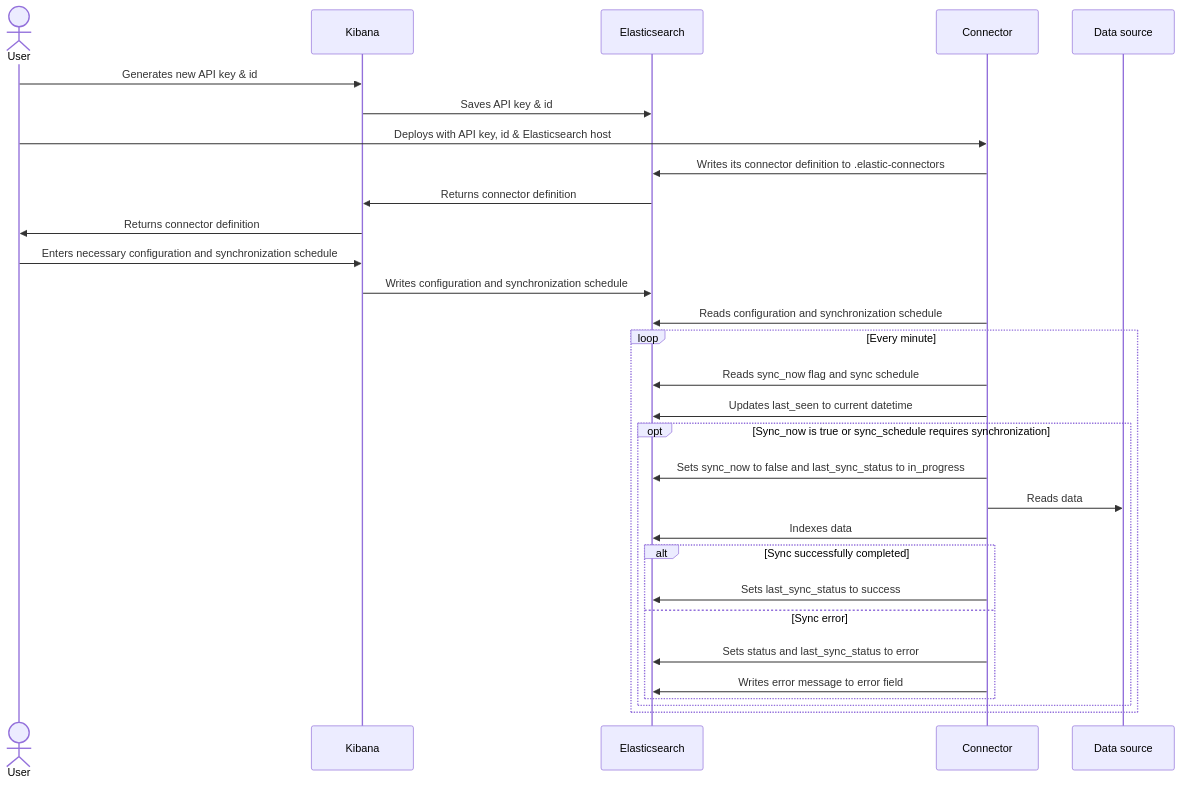
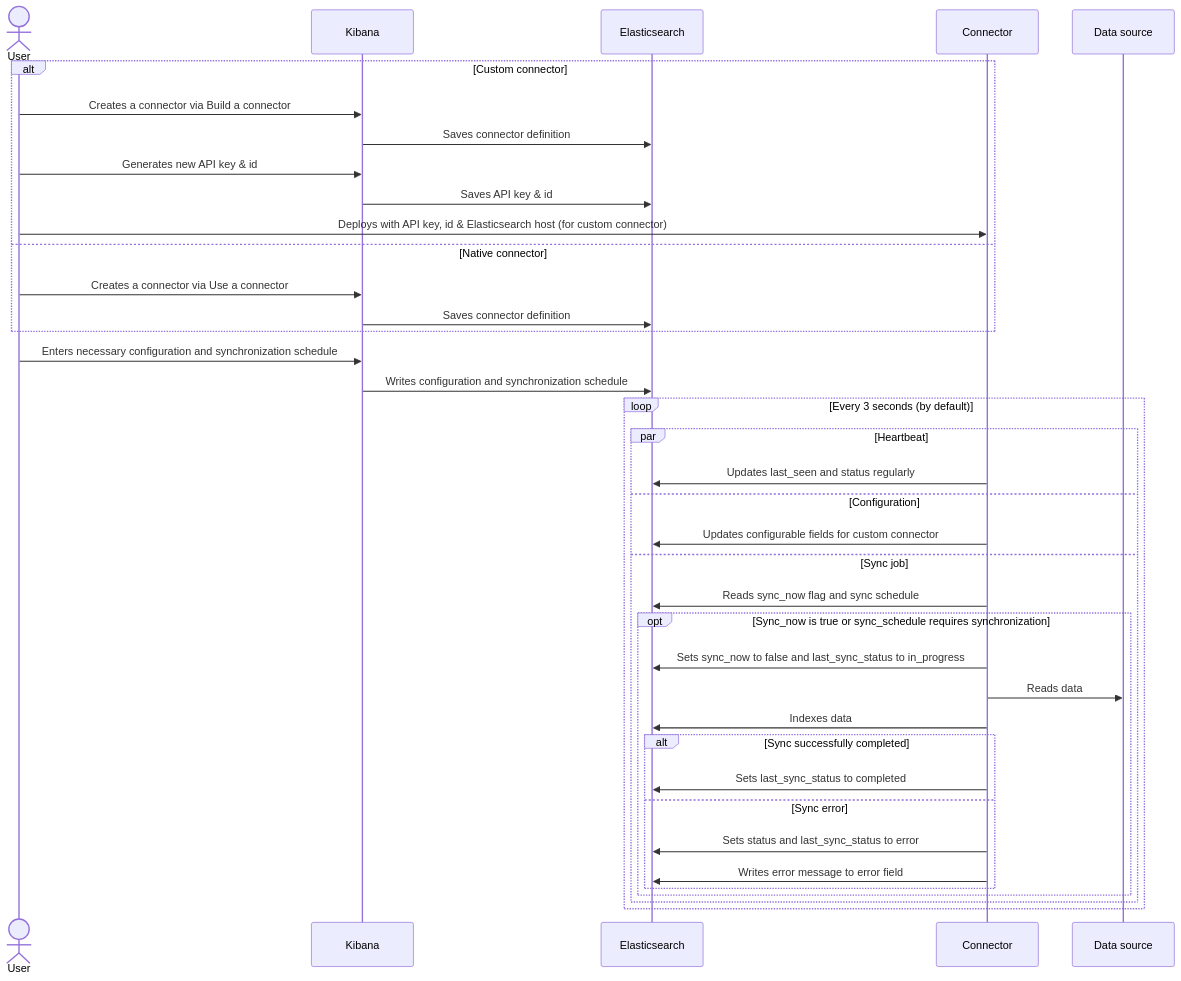
Before and after one commit to elastic/connectors-ruby: the diagram in docs/CONNECTOR_PROTOCOL.md, drawn with Mermaid. The commit also changed other lines of this file and 10 other files, not shown here.

````diff
--- a/docs/CONNECTOR_PROTOCOL.md
+++ b/docs/CONNECTOR_PROTOCOL.md
@@ -47,32 +175,40 @@
 ```mermaid
 sequenceDiagram
     actor User
     participant Kibana
     participant Elasticsearch
     participant Connector
     participant Data source
-    User->>Kibana: Generates new API key & id
-    Kibana->>Elasticsearch: Saves API key & id
-    User->>Connector: Deploys with API key, id & Elasticsearch host
-    Connector->>Elasticsearch: Writes its connector definition to .elastic-connectors
-    Elasticsearch->>Kibana: Returns connector definition
-    Kibana->>User: Returns connector definition
+    alt Custom connector
+        User->>Kibana: Creates a connector via Build a connector
+        Kibana->>Elasticsearch: Saves connector definition
+        User->>Kibana: Generates new API key & id
+        Kibana->>Elasticsearch: Saves API key & id
+        User->>Connector: Deploys with API key, id & Elasticsearch host (for custom connector)
+    else Native connector
+        User->>Kibana: Creates a connector via Use a connector
+        Kibana->>Elasticsearch: Saves connector definition
+    end
     User->>Kibana: Enters necessary configuration and synchronization schedule
     Kibana->>Elasticsearch: Writes configuration and synchronization schedule
-    Connector->>Elasticsearch: Reads configuration and synchronization schedule
-    loop Every minute
-        Connector->>Elasticsearch: Reads sync_now flag and sync schedule
-        Connector->>Elasticsearch: Updates last_seen to current datetime
-        opt Sync_now is true or sync_schedule requires synchronization
-            Connector->>Elasticsearch: Sets sync_now to false and last_sync_status to in_progress
-            Connector->>Data source: Reads data
-            Connector->>Elasticsearch: Indexes data
-            alt Sync successfully completed
-                Connector->>Elasticsearch: Sets last_sync_status to success
-            else Sync error
-                Connector->>Elasticsearch: Sets status and last_sync_status to error
-                Connector->>Elasticsearch: Writes error message to error field
+    loop Every 3 seconds (by default)
+        par Heartbeat
+            Connector->>Elasticsearch: Updates last_seen and status regularly
+        and Configuration
+            Connector->>Elasticsearch: Updates configurable fields for custom connector
+        and Sync job
+            Connector->>Elasticsearch: Reads sync_now flag and sync schedule
+            opt Sync_now is true or sync_schedule requires synchronization
+                Connector->>Elasticsearch: Sets sync_now to false and last_sync_status to in_progress
+                Connector->>Data source: Reads data
+                Connector->>Elasticsearch: Indexes data
+                alt Sync successfully completed
+                    Connector->>Elasticsearch: Sets last_sync_status to completed
+                else Sync error
+                    Connector->>Elasticsearch: Sets status and last_sync_status to error
+                    Connector->>Elasticsearch: Writes error message to error field
+                end
             end
         end
     end
 ```
````
